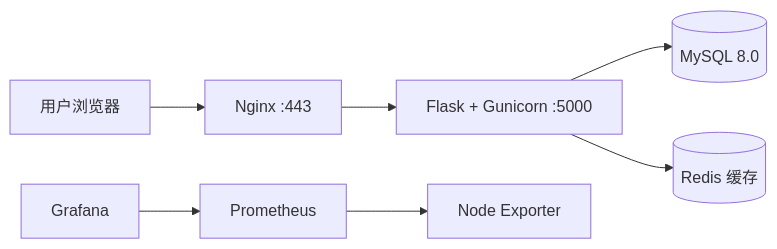
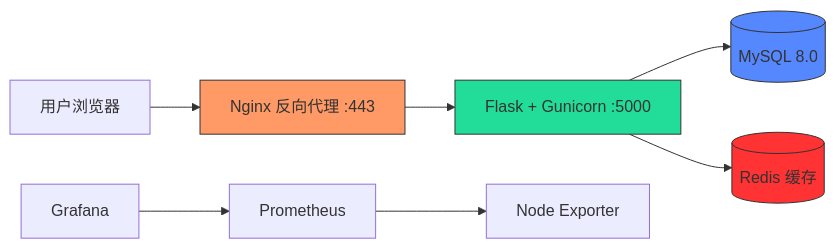
Before and after one commit to os5279971-hue/devops-project: the diagram in README.md, drawn with Mermaid.

````diff
--- a/README.md
+++ b/README.md
@@ -17,9 +17,13 @@
 ```mermaid
 graph LR
-    User[用户浏览器] --> Nginx[Nginx :443]
+    User[用户浏览器] --> Nginx[Nginx 反向代理 :443]
     Nginx --> Flask[Flask + Gunicorn :5000]
     Flask --> MySQL[(MySQL 8.0)]
     Flask --> Redis[(Redis 缓存)]
     Prometheus[Prometheus] --> NodeExporter[Node Exporter]
     Grafana[Grafana] --> Prometheus
+    style Flask fill:#2d9,stroke:#333
+    style Nginx fill:#f96,stroke:#333
+    style MySQL fill:#58f,stroke:#333
+    style Redis fill:#f33,stroke:#333
 ```
````
